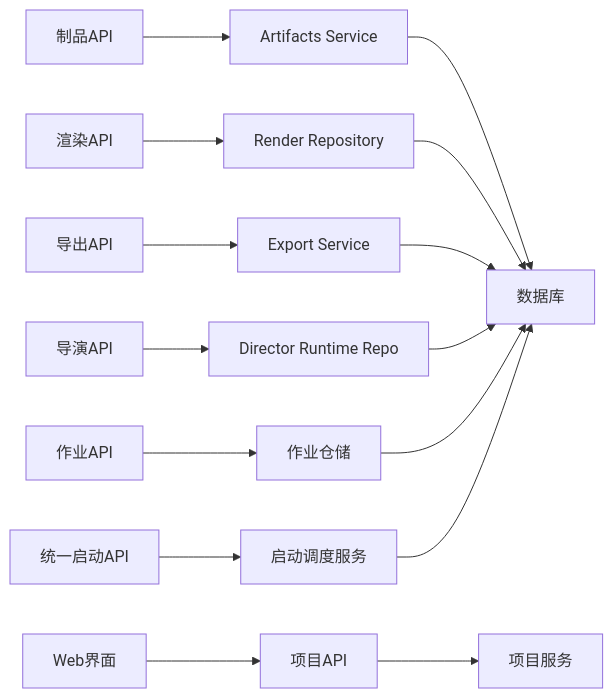
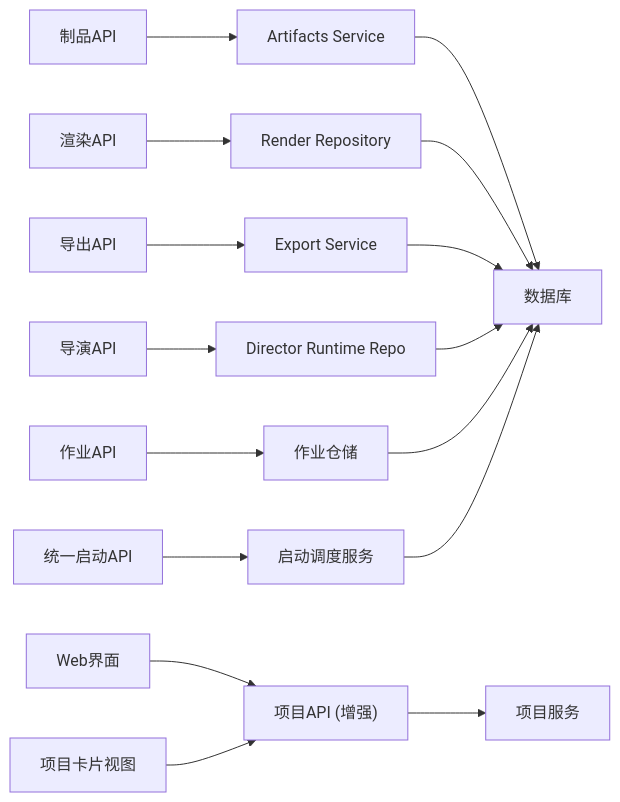
The tenth of 10 diagrams in .qoder/repowiki/zh/content/API参考/项目管理API.md (scottcwy/PurpleInk), drawn with Mermaid before and after one commit. The commit also changed other lines of this file and 23 other files, not shown here.

````diff
--- a/.qoder/repowiki/zh/content/API参考/项目管理API.md
+++ b/.qoder/repowiki/zh/content/API参考/项目管理API.md
@@ -516,17 +599,18 @@
 ```mermaid
 graph LR
-APiProjects["项目API"] --> SvcProjects["项目服务"]
+APiProjects["项目API (增强)"] --> SvcProjects["项目服务"]
 APiStart["统一启动API"] --> SvcStartup["启动调度服务"]
 APiArtifacts["制品API"] --> SvcArtifacts["Artifacts Service"]
 APiRender["渲染API"] --> SvcRender["Render Repository"]
 APiExport["导出API"] --> SvcExport["Export Service"]
 APiDirector["导演API"] --> SvcRuntime["Director Runtime Repo"]
 APiJobs["作业API"] --> SvcJobs["作业仓储"]
 WebUI["Web界面"] --> APiProjects
+PCV["项目卡片视图"] --> APiProjects
 SvcArtifacts --> DB["数据库"]
 SvcRender --> DB
 SvcExport --> DB
 SvcRuntime --> DB
 SvcJobs --> DB
 SvcStartup --> DB
 ```
````
